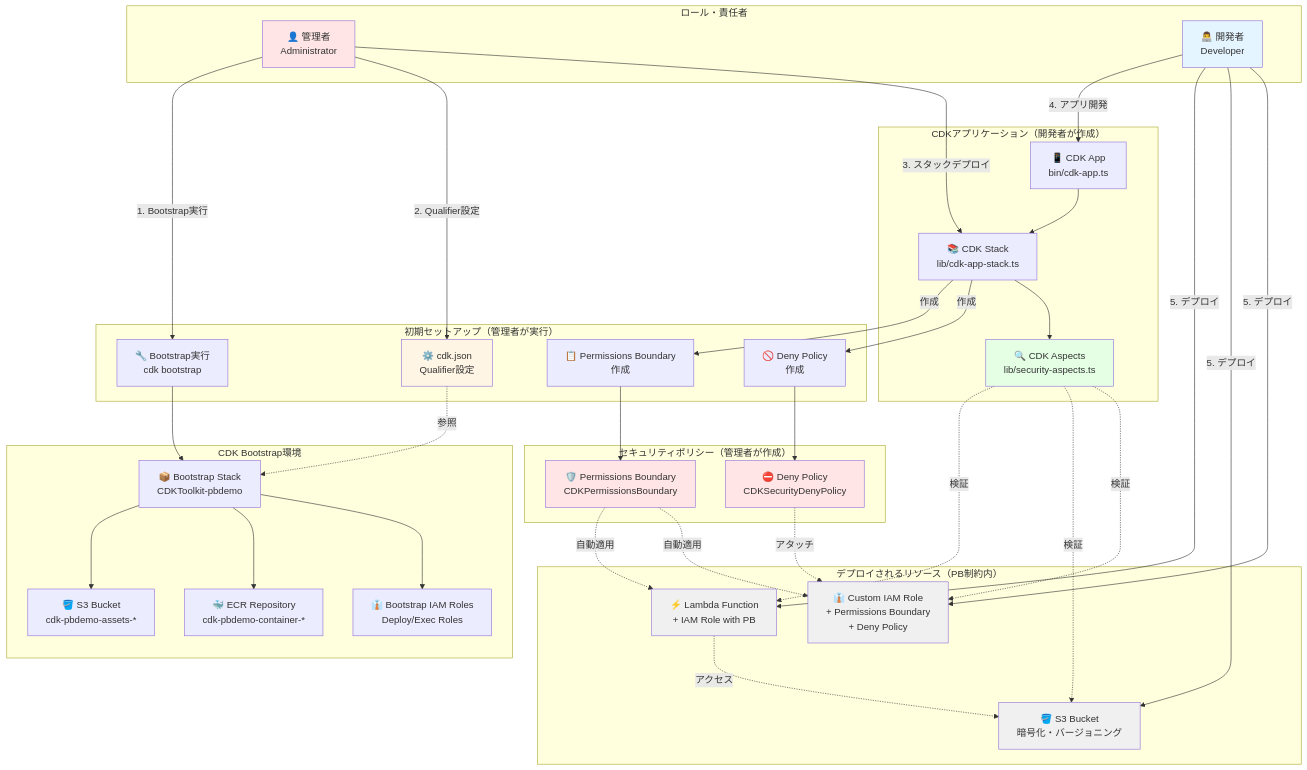
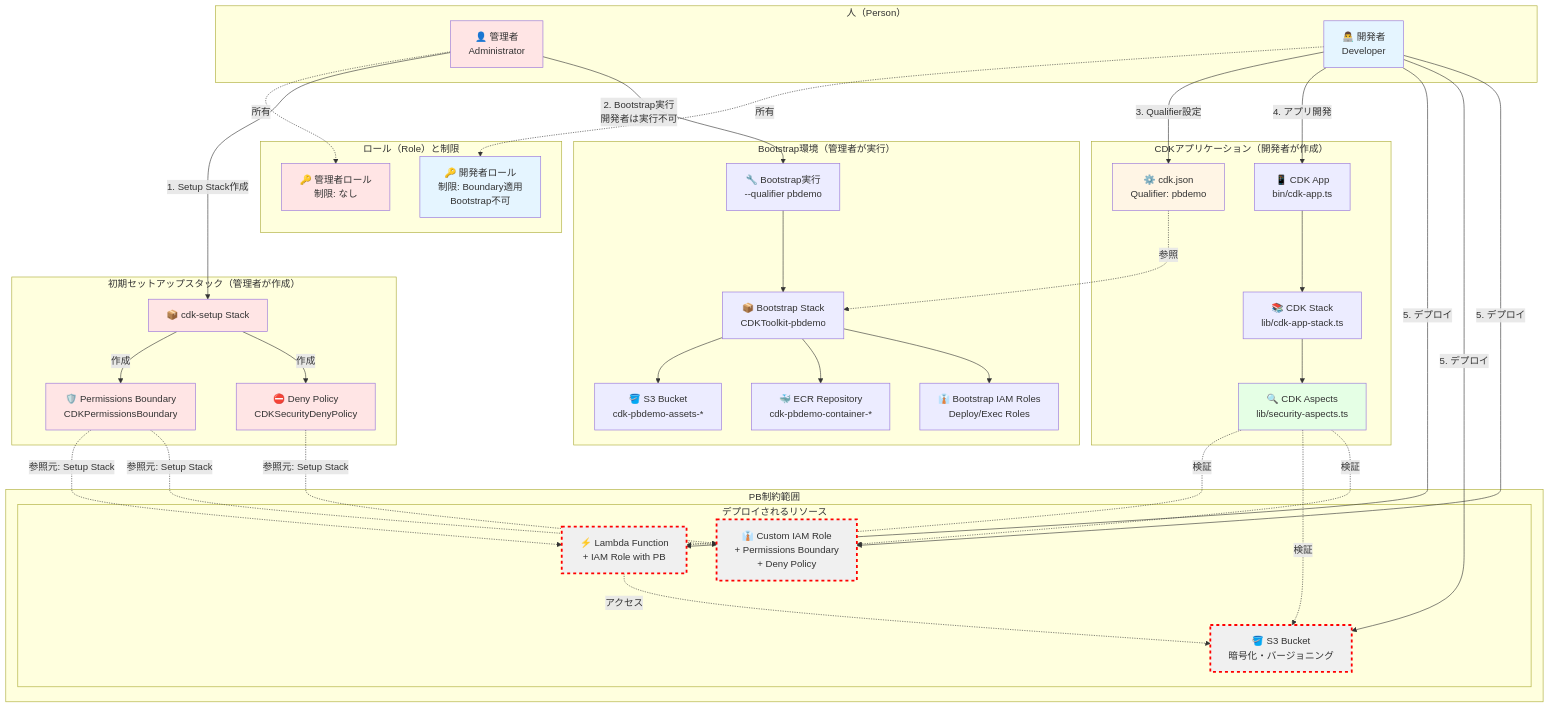
The first of 3 diagrams in cdk-app/SECURITY_FEATURES.md (goataka/cdk-with-permissions-boundary), drawn with Mermaid before and after one commit. The commit also changed other lines of this file and 7 other files, not shown here.

Commit message:
Add cdk-setup stack, improve architecture diagram with roles/restrictions, and clarify setup flow

````diff
--- a/cdk-app/SECURITY_FEATURES.md
+++ b/cdk-app/SECURITY_FEATURES.md
@@ -9,18 +9,23 @@
 ```mermaid
 graph TB
-    subgraph "ロール・責任者"
+    subgraph "人（Person）"
         Admin[👤 管理者<br/>Administrator]
         Dev[👨‍💻 開発者<br/>Developer]
     end
     
-    subgraph "初期セットアップ（管理者が実行）"
-        Bootstrap[🔧 Bootstrap実行<br/>cdk bootstrap]
-        PBCreate[📋 Permissions Boundary<br/>作成]
-        DenyCreate[🚫 Deny Policy<br/>作成]
-        QualifierConfig[⚙️ cdk.json<br/>Qualifier設定]
+    subgraph "ロール（Role）と制限"
+        AdminRole[🔑 管理者ロール<br/>制限: なし]
+        DevRole[🔑 開発者ロール<br/>制限: Boundary適用<br/>Bootstrap不可]
     end
     
-    subgraph "CDK Bootstrap環境"
+    subgraph "初期セットアップスタック（管理者が作成）"
+        SetupStack[📦 cdk-setup Stack]
+        PBPolicy[🛡️ Permissions Boundary<br/>CDKPermissionsBoundary]
+        DenyPolicy[⛔ Deny Policy<br/>CDKSecurityDenyPolicy]
+    end
+    
+    subgraph "Bootstrap環境（管理者が実行）"
+        Bootstrap[🔧 Bootstrap実行<br/>--qualifier pbdemo]
         BootstrapStack[📦 Bootstrap Stack<br/>CDKToolkit-pbdemo]
         S3Assets[🪣 S3 Bucket<br/>cdk-pbdemo-assets-*]
         ECRRepo[🐳 ECR Repository<br/>cdk-pbdemo-container-*]
@@ -28,61 +33,66 @@
     end
     
     subgraph "CDKアプリケーション（開発者が作成）"
+        QualifierConfig[⚙️ cdk.json<br/>Qualifier: pbdemo]
         CDKApp[📱 CDK App<br/>bin/cdk-app.ts]
         CDKStack[📚 CDK Stack<br/>lib/cdk-app-stack.ts]
         Aspects[🔍 CDK Aspects<br/>lib/security-aspects.ts]
     end
     
-    subgraph "セキュリティポリシー（管理者が作成）"
-        PBPolicy[🛡️ Permissions Boundary<br/>CDKPermissionsBoundary]
-        DenyPolicy[⛔ Deny Policy<br/>CDKSecurityDenyPolicy]
+    subgraph "PB制約範囲"
+        subgraph "デプロイされるリソース"
+            Lambda[⚡ Lambda Function<br/>+ IAM Role with PB]
+            S3Bucket[🪣 S3 Bucket<br/>暗号化・バージョニング]
+            CustomRole[👔 Custom IAM Role<br/>+ Permissions Boundary<br/>+ Deny Policy]
+        end
     end
     
-    subgraph "デプロイされるリソース（PB制約内）"
-        Lambda[⚡ Lambda Function<br/>+ IAM Role with PB]
-        S3Bucket[🪣 S3 Bucket<br/>暗号化・バージョニング]
-        CustomRole[👔 Custom IAM Role<br/>+ Permissions Boundary<br/>+ Deny Policy]
-    end
+    Admin -.所有.-> AdminRole
+    Dev -.所有.-> DevRole
     
-    Admin -->|1. Bootstrap実行| Bootstrap
-    Admin -->|2. Qualifier設定| QualifierConfig
+    Admin -->|1. Setup Stack作成| SetupStack
+    SetupStack -->|作成| PBPolicy
+    SetupStack -->|作成| DenyPolicy
+    
+    Admin -->|2. Bootstrap実行<br/>開発者は実行不可| Bootstrap
     Bootstrap --> BootstrapStack
     BootstrapStack --> S3Assets
     BootstrapStack --> ECRRepo
     BootstrapStack --> BootstrapRoles
     
-    Admin -->|3. スタックデプロイ| CDKStack
-    CDKStack -->|作成| PBCreate
-    CDKStack -->|作成| DenyCreate
-    PBCreate --> PBPolicy
-    DenyCreate --> DenyPolicy
-    
+    Dev -->|3. Qualifier設定| QualifierConfig
     Dev -->|4. アプリ開発| CDKApp
+    QualifierConfig -.参照.-> BootstrapStack
     CDKApp --> CDKStack
     CDKStack --> Aspects
+    
+    Dev -->|5. デプロイ| Lambda
+    Dev -->|5. デプロイ| S3Bucket
+    Dev -->|5. デプロイ| CustomRole
     
     Aspects -.検証.-> Lambda
     Aspects -.検証.-> S3Bucket
     Aspects -.検証.-> CustomRole
     
-    PBPolicy -.自動適用.-> Lambda
-    PBPolicy -.自動適用.-> CustomRole
-    DenyPolicy -.アタッチ.-> CustomRole
+    PBPolicy -.参照元: Setup Stack.-> Lambda
+    PBPolicy -.参照元: Setup Stack.-> CustomRole
+    DenyPolicy -.参照元: Setup Stack.-> CustomRole
     
-    Dev -->|5. デプロイ| Lambda
-    Dev -->|5. デプロイ| S3Bucket
-    Dev -->|5. デプロイ| CustomRole
-    
-    QualifierConfig -.参照.-> BootstrapStack
     Lambda -.アクセス.-> S3Bucket
     
     style Admin fill:#FFE5E5
     style Dev fill:#E5F5FF
+    style AdminRole fill:#FFE5E5
+    style DevRole fill:#E5F5FF
     style PBPolicy fill:#FFE5E5
     style DenyPolicy fill:#FFE5E5
+    style SetupStack fill:#FFE5E5
     style Aspects fill:#E5FFE5
     style QualifierConfig fill:#FFF5E5
     style Lambda fill:#F0F0F0
     style S3Bucket fill:#F0F0F0
     style CustomRole fill:#F0F0F0
+    
+    classDef pbBoundary stroke:#ff0000,stroke-width:3px,stroke-dasharray: 5 5
+    class Lambda,S3Bucket,CustomRole pbBoundary
 ```
````
